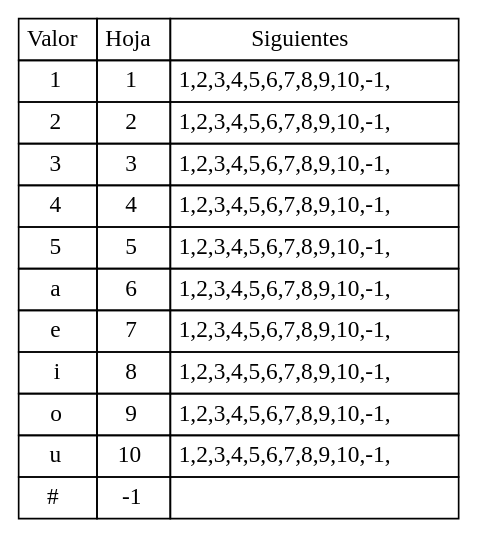
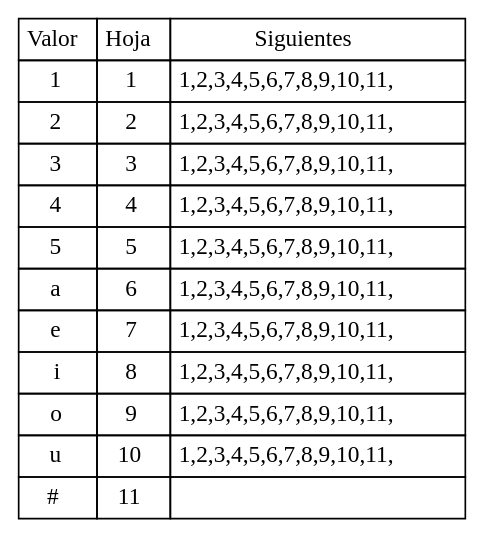
One commit to diegomazariegos2002/OLC1-P1-202003975 changed the diagram in OLC1-P1-202003975/ExpReg1_TablaSiguientes.dot. Above: the diagram before and after it, drawn with Graphviz. The commit also changed 50 other files, not shown here.

```diff
--- a/OLC1-P1-202003975/ExpReg1_TablaSiguientes.dot
+++ b/OLC1-P1-202003975/ExpReg1_TablaSiguientes.dot
@@ -1,38 +1,38 @@
 digraph html { 
 abc [shape=none, margin=0, label=< 
 <TABLE BORDER="0" CELLBORDER="1" CELLSPACING="0" CELLPADDING="4">
 <TR><TD>Valor</TD><TD>Hoja</TD><TD>Siguientes</TD></TR>
 <TR>
-<TD>1</TD><TD>1</TD><TD>1,2,3,4,5,6,7,8,9,10,-1,</TD>
+<TD>1</TD><TD>1</TD><TD>1,2,3,4,5,6,7,8,9,10,11,</TD>
 </TR>
 <TR>
-<TD>2</TD><TD>2</TD><TD>1,2,3,4,5,6,7,8,9,10,-1,</TD>
+<TD>2</TD><TD>2</TD><TD>1,2,3,4,5,6,7,8,9,10,11,</TD>
 </TR>
 <TR>
-<TD>3</TD><TD>3</TD><TD>1,2,3,4,5,6,7,8,9,10,-1,</TD>
+<TD>3</TD><TD>3</TD><TD>1,2,3,4,5,6,7,8,9,10,11,</TD>
 </TR>
 <TR>
-<TD>4</TD><TD>4</TD><TD>1,2,3,4,5,6,7,8,9,10,-1,</TD>
+<TD>4</TD><TD>4</TD><TD>1,2,3,4,5,6,7,8,9,10,11,</TD>
 </TR>
 <TR>
-<TD>5</TD><TD>5</TD><TD>1,2,3,4,5,6,7,8,9,10,-1,</TD>
+<TD>5</TD><TD>5</TD><TD>1,2,3,4,5,6,7,8,9,10,11,</TD>
 </TR>
 <TR>
-<TD>a</TD><TD>6</TD><TD>1,2,3,4,5,6,7,8,9,10,-1,</TD>
+<TD>a</TD><TD>6</TD><TD>1,2,3,4,5,6,7,8,9,10,11,</TD>
 </TR>
 <TR>
-<TD>e</TD><TD>7</TD><TD>1,2,3,4,5,6,7,8,9,10,-1,</TD>
+<TD>e</TD><TD>7</TD><TD>1,2,3,4,5,6,7,8,9,10,11,</TD>
 </TR>
 <TR>
-<TD>i</TD><TD>8</TD><TD>1,2,3,4,5,6,7,8,9,10,-1,</TD>
+<TD>i</TD><TD>8</TD><TD>1,2,3,4,5,6,7,8,9,10,11,</TD>
 </TR>
 <TR>
-<TD>o</TD><TD>9</TD><TD>1,2,3,4,5,6,7,8,9,10,-1,</TD>
+<TD>o</TD><TD>9</TD><TD>1,2,3,4,5,6,7,8,9,10,11,</TD>
 </TR>
 <TR>
-<TD>u</TD><TD>10</TD><TD>1,2,3,4,5,6,7,8,9,10,-1,</TD>
+<TD>u</TD><TD>10</TD><TD>1,2,3,4,5,6,7,8,9,10,11,</TD>
 </TR>
 <TR>
-<TD>#</TD><TD>-1</TD><TD></TD>
+<TD>#</TD><TD>11</TD><TD></TD>
 </TR>    </TABLE>>];
 }
```
